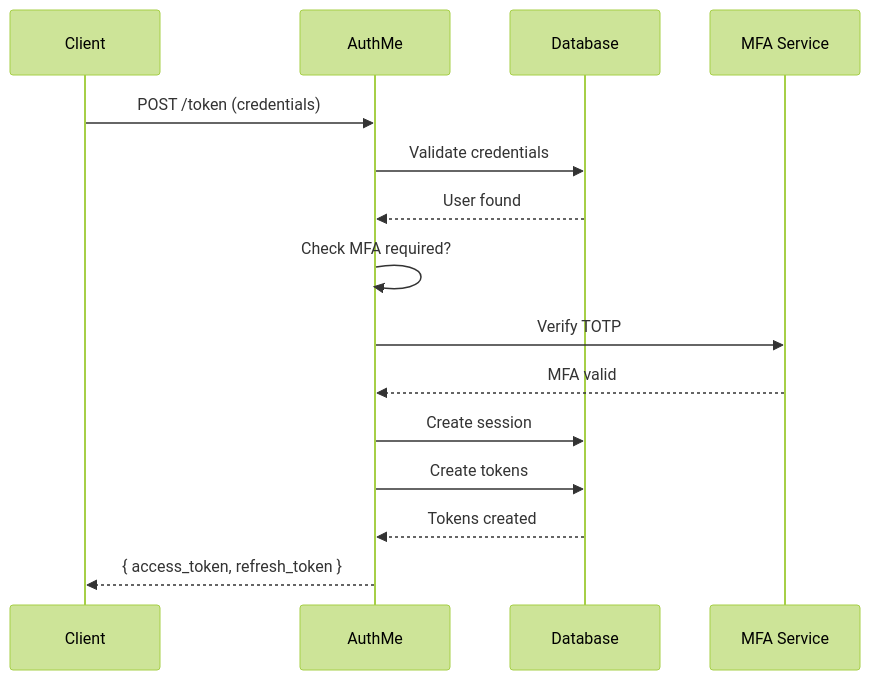
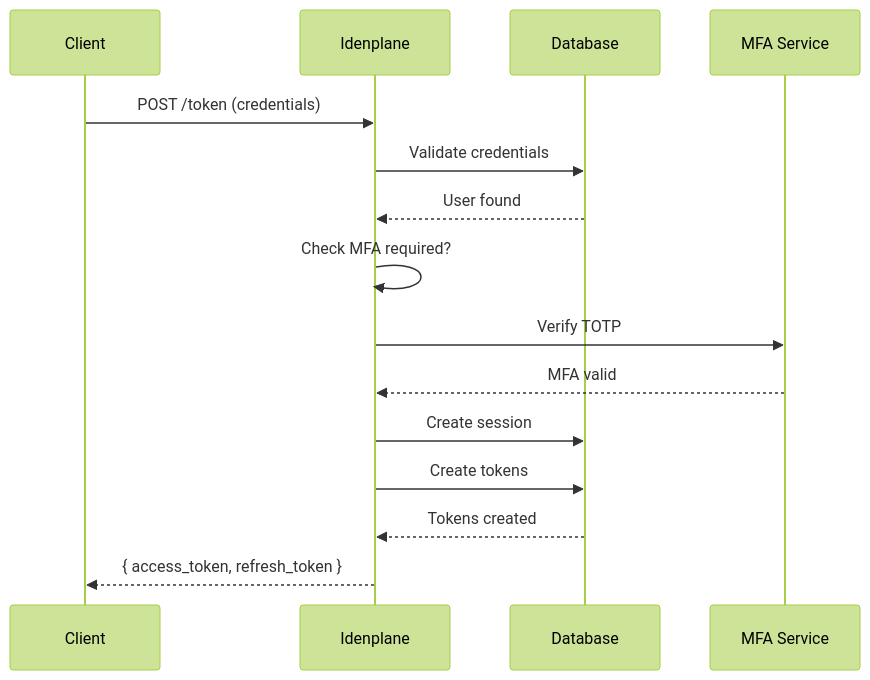
Before and after one commit to idenplane/idenplane: the second of 2 diagrams in README.md, drawn with Mermaid (forest theme). The commit also changed other lines of this file and 582 other files, not shown here.

First line of the commit message:
chore(rebrand): rename project from AuthMe to Idenplane (#889)

````diff
--- a/README.md
+++ b/README.md
@@ -401,18 +401,18 @@
 ```mermaid
 sequenceDiagram
     participant Client
-    participant AuthMe
+    participant Idenplane
     participant DB as Database
     participant MFA as MFA Service
 
-    Client->>AuthMe: POST /token (credentials)
-    AuthMe->>DB: Validate credentials
-    DB-->>AuthMe: User found
-    AuthMe->>AuthMe: Check MFA required?
-    AuthMe->>MFA: Verify TOTP
-    MFA-->>AuthMe: MFA valid
-    AuthMe->>DB: Create session
-    AuthMe->>DB: Create tokens
-    DB-->>AuthMe: Tokens created
-    AuthMe-->>Client: { access_token, refresh_token }
+    Client->>Idenplane: POST /token (credentials)
+    Idenplane->>DB: Validate credentials
+    DB-->>Idenplane: User found
+    Idenplane->>Idenplane: Check MFA required?
+    Idenplane->>MFA: Verify TOTP
+    MFA-->>Idenplane: MFA valid
+    Idenplane->>DB: Create session
+    Idenplane->>DB: Create tokens
+    DB-->>Idenplane: Tokens created
+    Idenplane-->>Client: { access_token, refresh_token }
 ```
````
